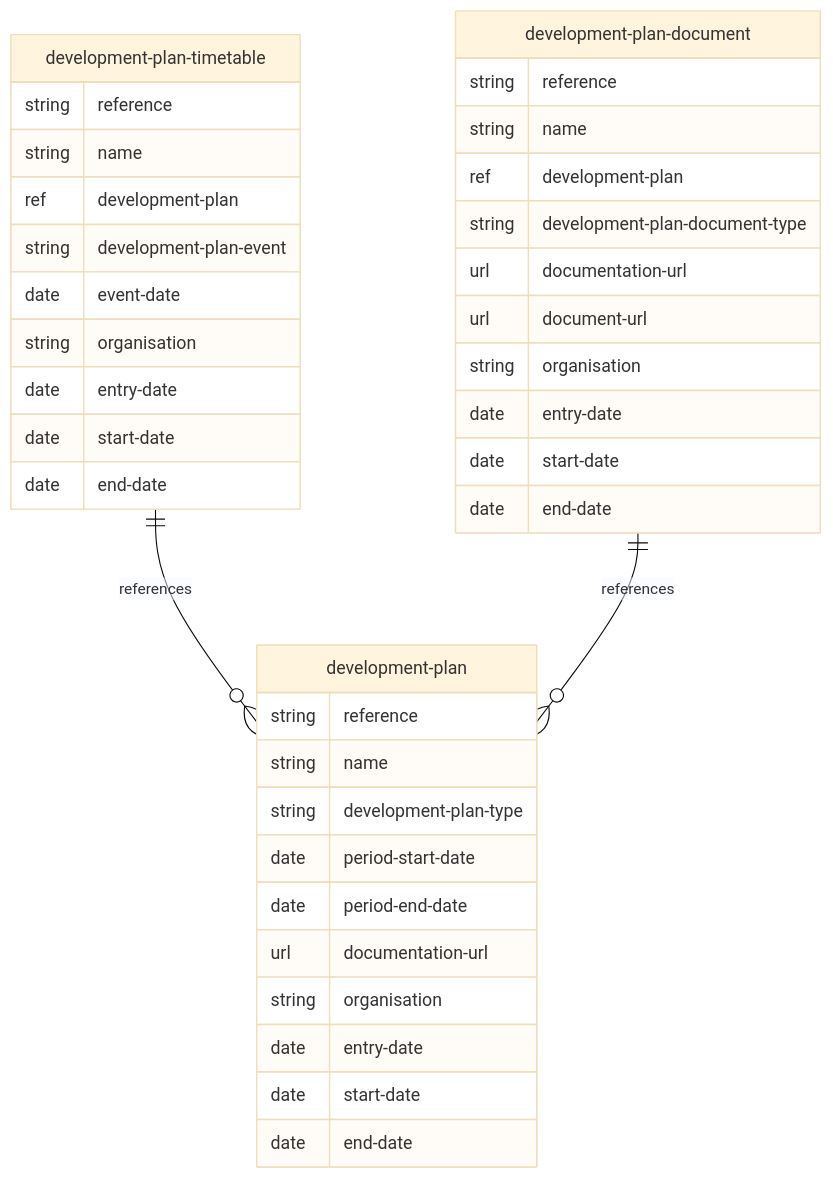
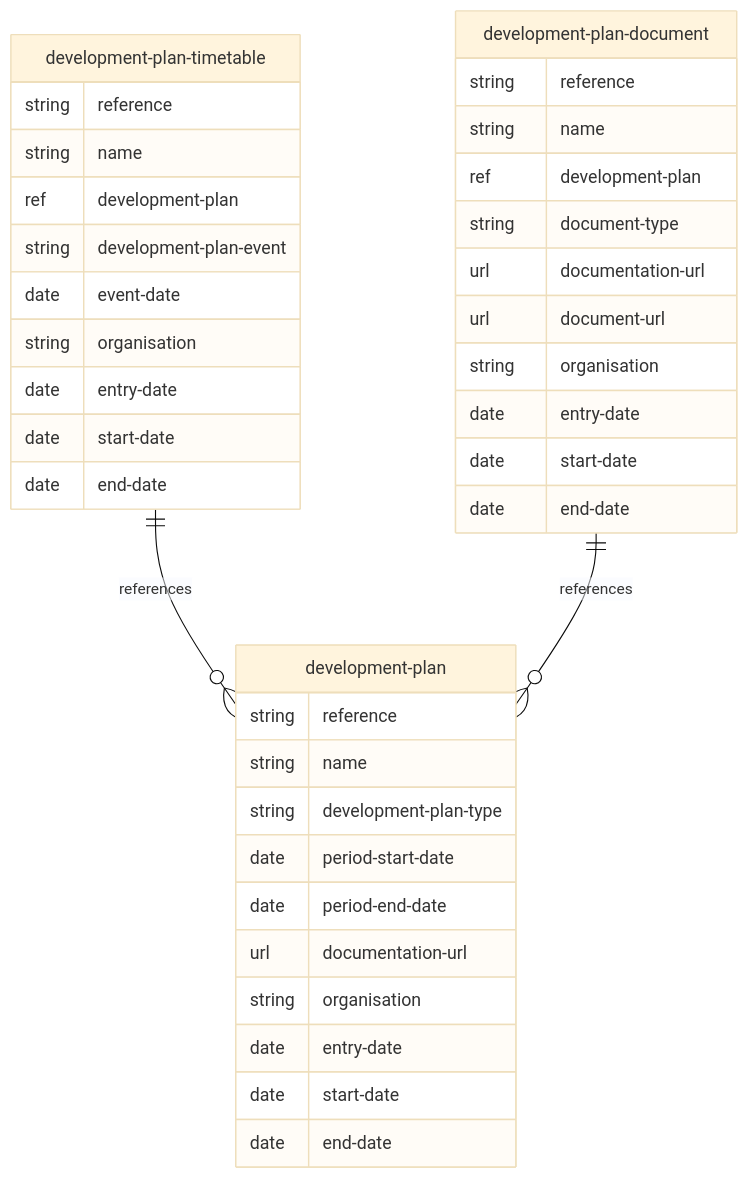
The diagram in mermaid/development-plan.md (digital-land/specification), drawn with Mermaid (base theme) before and after one commit. The commit also changed 3 other files, not shown here.

Commit message:
Added dataset for document-type in development-plan

````diff
--- a/mermaid/development-plan.md
+++ b/mermaid/development-plan.md
@@ -4,40 +4,40 @@
 ```mermaid
 erDiagram
     development-plan {
         string reference
         string name
         string development-plan-type
         date period-start-date
         date period-end-date
         url documentation-url
         string organisation
         date entry-date
         date start-date
         date end-date
     }
     development-plan-timetable {
         string reference
         string name
         ref development-plan
         string development-plan-event
         date event-date
         string organisation
         date entry-date
         date start-date
         date end-date
     }
     development-plan-document {
         string reference
         string name
         ref development-plan
-        string development-plan-document-type
+        string document-type
         url documentation-url
         url document-url
         string organisation
         date entry-date
         date start-date
         date end-date
     }
     development-plan-timetable ||--o{ development-plan : references
     development-plan-document ||--o{ development-plan : references
 ```
````
